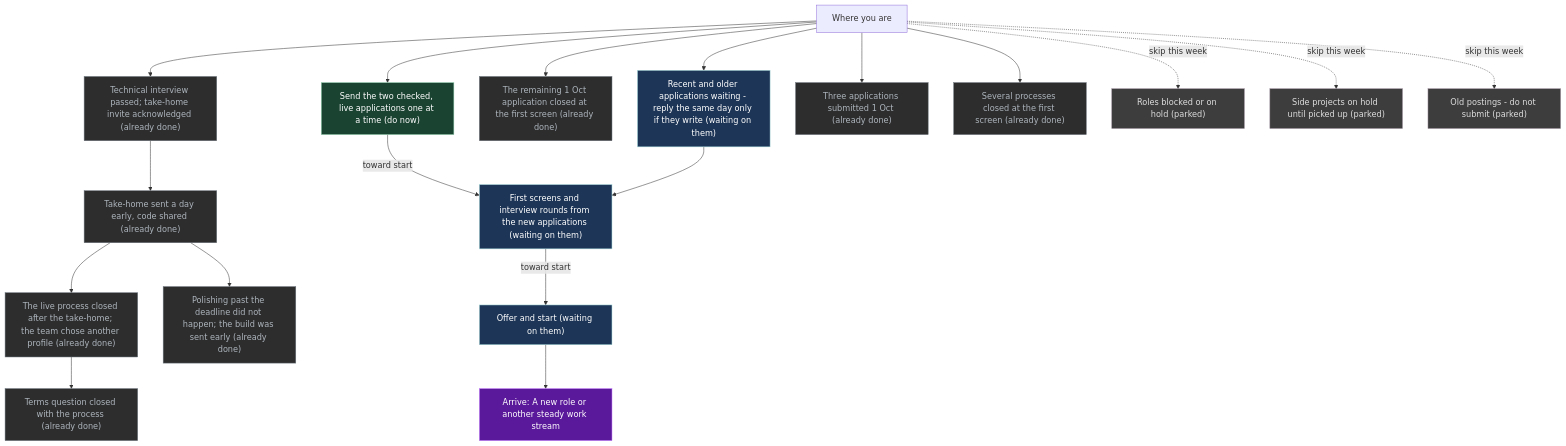
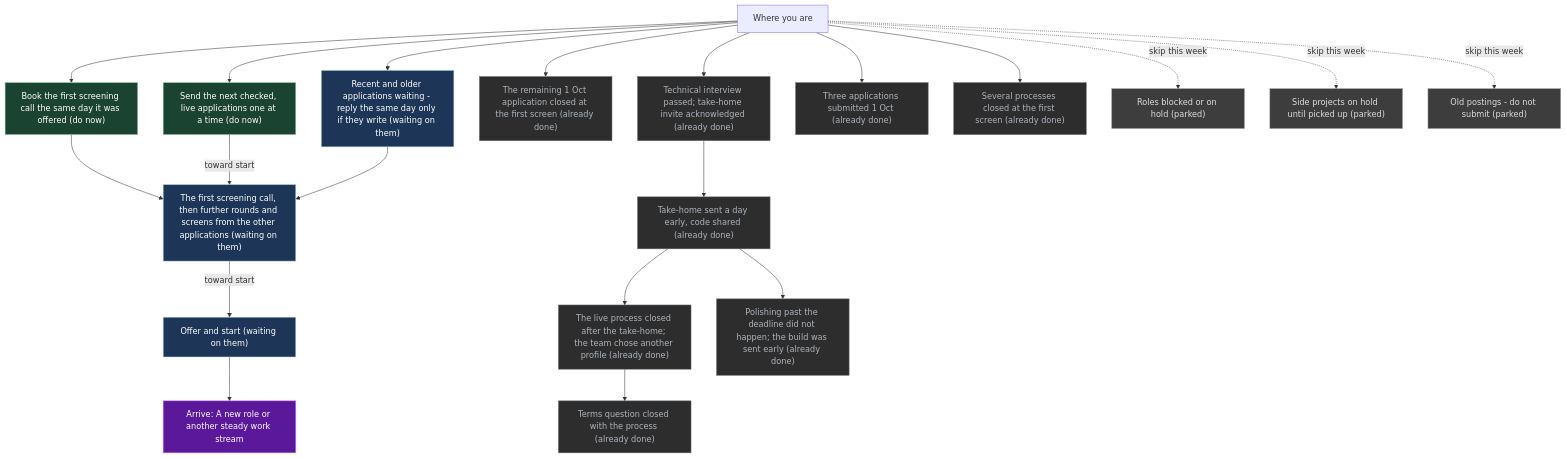
One commit to p10ns11y/life-os changed the diagram in UI/Mission.md. Above: the diagram before and after it, drawn with Mermaid. The commit also changed other lines of this file, not shown here.

````diff
--- a/UI/Mission.md
+++ b/UI/Mission.md
@@ -70,47 +71,50 @@
 ```mermaid
 flowchart TB
   x["Where you are"]
   G["Arrive: A new role or another steady work stream"]
+  S9["Book the first screening call the same day it was offered (do now)"]
   S0["Technical interview passed; take-home invite acknowledged (already done)"]
   S4["Take-home sent a day early, code shared (already done)"]
   S4b["The live process closed after the take-home; the team chose another profile (already done)"]
-  S7["Send the two checked, live applications one at a time (do now)"]
-  S8["First screens and interview rounds from the new applications (waiting on them)"]
+  S7["Send the next checked, live applications one at a time (do now)"]
+  S8["The first screening call, then further rounds and screens from the other applications (waiting on them)"]
   S5["Offer and start (waiting on them)"]
   S6["The remaining 1 Oct application closed at the first screen (already done)"]
   S1["Recent and older applications waiting - reply the same day only if they write (waiting on them)"]
   R1["Terms question closed with the process (already done)"]
   R2["Polishing past the deadline did not happen; the build was sent early (already done)"]
   S3["Three applications submitted 1 Oct (already done)"]
   D1["Several processes closed at the first screen (already done)"]
   P1["Roles blocked or on hold (parked)"]
   P2["Side projects on hold until picked up (parked)"]
   P3["Old postings - do not submit (parked)"]
+  x --> S9
   x --> S0
   S0 --> S4
   S4 --> S4b
   x --> S7
+  S9 --> S8
   S7 -->|"toward start"| S8
   S1 --> S8
   S8 -->|"toward start"| S5
   x --> S6
   x --> S1
   S4b --> R1
   S4 --> R2
   x --> S3
   x --> D1
   x -.->|"skip this week"| P1
   x -.->|"skip this week"| P2
   x -.->|"skip this week"| P3
   S5 --> G
   classDef do fill:#1b4332,stroke:#95d5b2,color:#fff
   classDef wait fill:#1d3557,stroke:#a8dadc,color:#fff
   classDef park fill:#3d3d3d,stroke:#9a8c98,color:#ddd
   classDef done fill:#2d2d2d,stroke:#6c757d,color:#adb5bd
   classDef goal fill:#5a189a,stroke:#c77dff,color:#fff
   class G goal
-  class S7 do
+  class S9,S7 do
   class S8,S5,S1 wait
   class P1,P2,P3 park
   class S0,S4,S4b,S6,R1,R2,S3,D1 done
 ```
````
